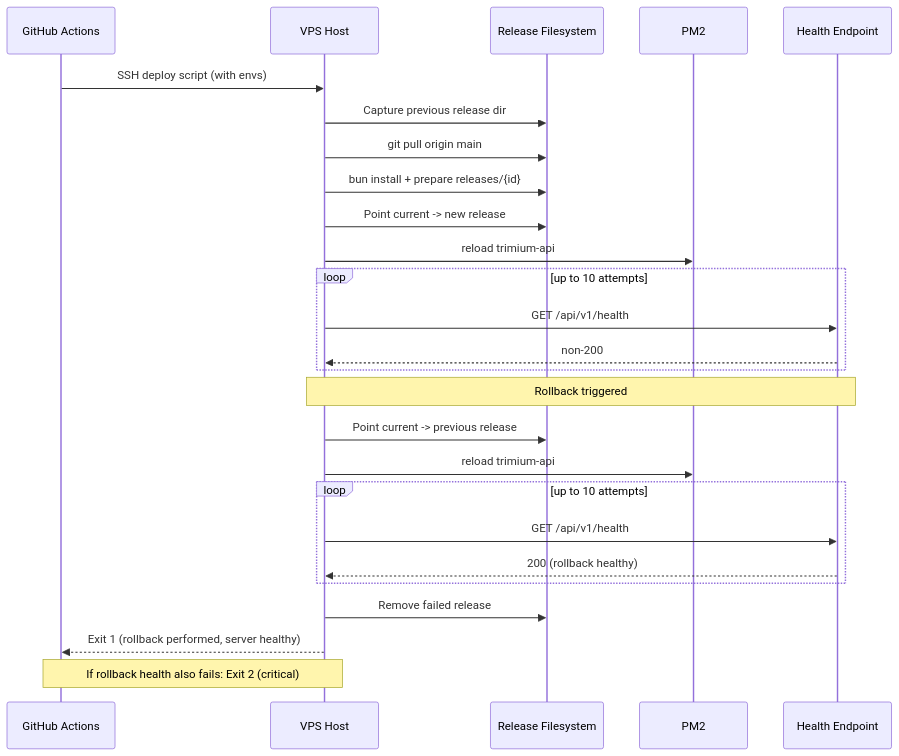
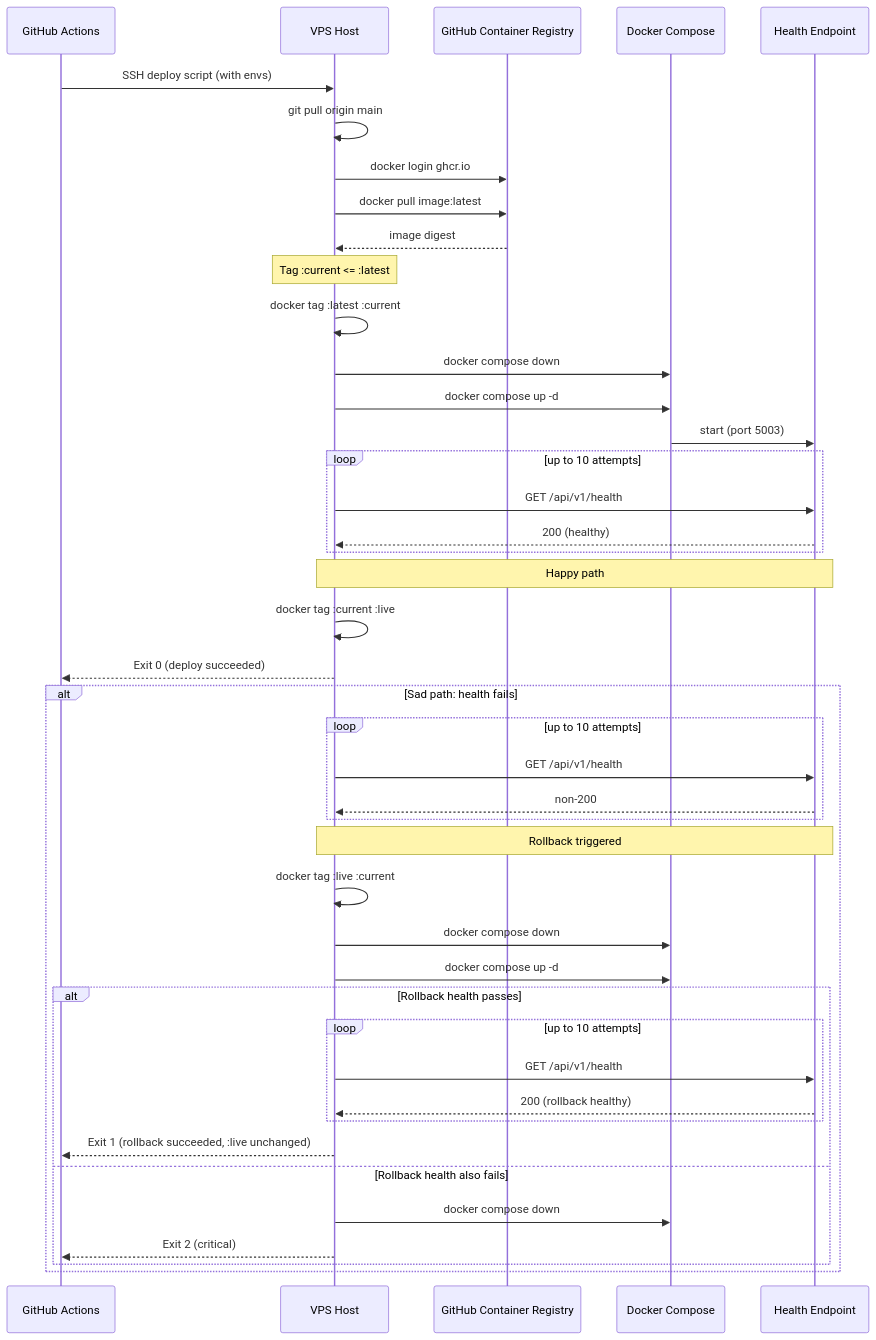
One commit to IamDevTrivedi/Trimium changed the fifth of 6 diagrams in docs/architecture/CI_CD_PIPELINE_ARCHITECTURE.md. Above: the diagram before and after it, drawn with Mermaid. The commit also changed other lines of this file and 20 other files, not shown here.

First line of the commit message:
feat(server): dockerize + GHCR deploy with :current/:live rollback (#161)

````diff
--- a/docs/architecture/CI_CD_PIPELINE_ARCHITECTURE.md
+++ b/docs/architecture/CI_CD_PIPELINE_ARCHITECTURE.md
@@ -372,35 +421,55 @@
 ```mermaid
 sequenceDiagram
     participant GH as GitHub Actions
     participant VPS as VPS Host
-    participant FS as Release Filesystem
-    participant PM2 as PM2
+    participant GHCR as GitHub Container Registry
+    participant DC as Docker Compose
     participant API as Health Endpoint
 
     GH->>VPS: SSH deploy script (with envs)
-    VPS->>FS: Capture previous release dir
-    VPS->>FS: git pull origin main
-    VPS->>FS: bun install + prepare releases/{id}
-    VPS->>FS: Point current -> new release
-    VPS->>PM2: reload trimium-api
+    VPS->>VPS: git pull origin main
+    VPS->>GHCR: docker login ghcr.io
+    VPS->>GHCR: docker pull image:latest
+    GHCR-->>VPS: image digest
+
+    Note over VPS: Tag :current <= :latest
+    VPS->>VPS: docker tag :latest :current
+
+    VPS->>DC: docker compose down
+    VPS->>DC: docker compose up -d
+    DC->>API: start (port 5003)
 
     loop up to 10 attempts
         VPS->>API: GET /api/v1/health
-        API-->>VPS: non-200
+        API-->>VPS: 200 (healthy)
     end
 
-    Note over VPS,API: Rollback triggered
+    Note over VPS,API: Happy path
 
-    VPS->>FS: Point current -> previous release
-    VPS->>PM2: reload trimium-api
+    VPS->>VPS: docker tag :current :live
+    VPS-->>GH: Exit 0 (deploy succeeded)
 
-    loop up to 10 attempts
-        VPS->>API: GET /api/v1/health
-        API-->>VPS: 200 (rollback healthy)
+    alt Sad path: health fails
+        loop up to 10 attempts
+            VPS->>API: GET /api/v1/health
+            API-->>VPS: non-200
+        end
+
+        Note over VPS,API: Rollback triggered
+
+        VPS->>VPS: docker tag :live :current
+        VPS->>DC: docker compose down
+        VPS->>DC: docker compose up -d
+
+        alt Rollback health passes
+            loop up to 10 attempts
+                VPS->>API: GET /api/v1/health
+                API-->>VPS: 200 (rollback healthy)
+            end
+            VPS-->>GH: Exit 1 (rollback succeeded, :live unchanged)
+        else Rollback health also fails
+            VPS->>DC: docker compose down
+            VPS-->>GH: Exit 2 (critical)
+        end
     end
-
-    VPS->>FS: Remove failed release
-    VPS-->>GH: Exit 1 (rollback performed, server healthy)
-
-    Note over VPS,GH: If rollback health also fails: Exit 2 (critical)
 ```
````
